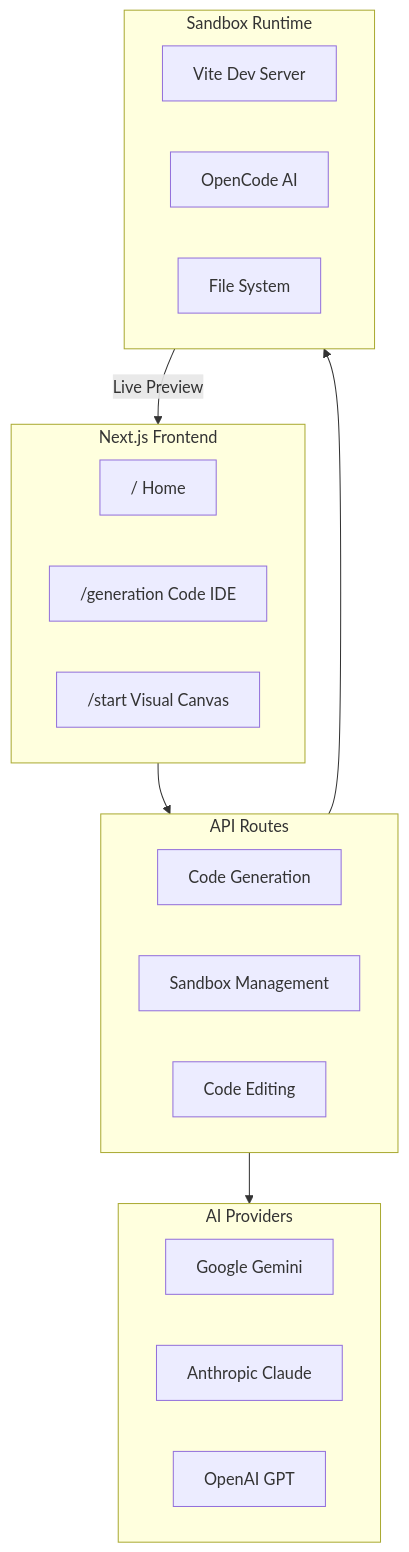
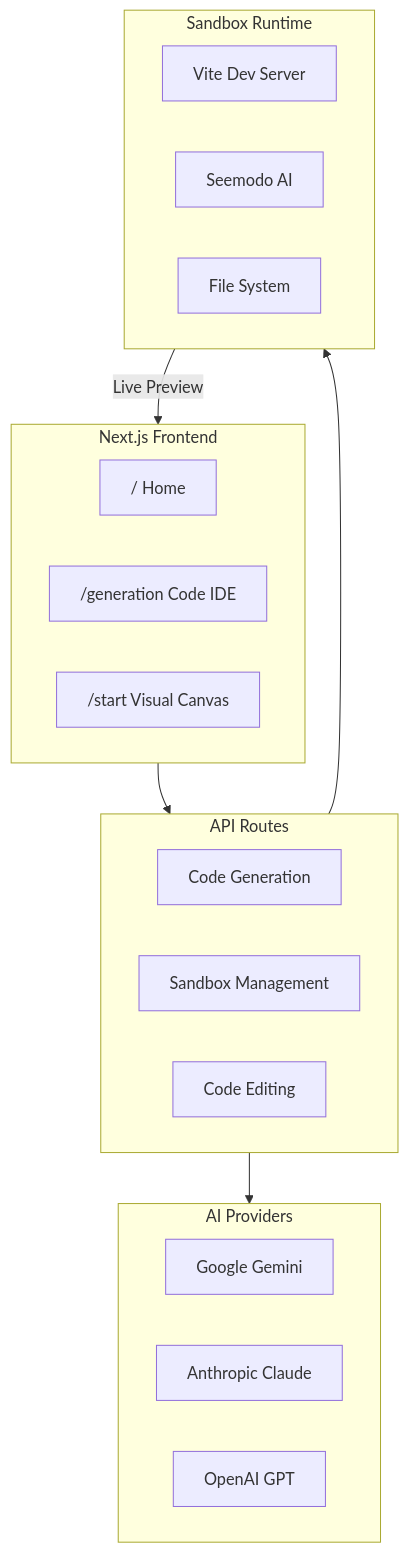
One commit to Seemodo/docs changed the diagram in seemodo/introduction.mdx. Above: the diagram before and after it, drawn with Mermaid. The commit also changed 23 other files, not shown here.

Commit message:
Update documentation to replace all instances of "OpenCode" with "Seemodo AI" across multiple files, including AGENTS.md, README.md, and various API reference documents, ensuring consistency with the new branding.

````diff
--- a/seemodo/introduction.mdx
+++ b/seemodo/introduction.mdx
@@ -79,31 +79,31 @@
 ```mermaid
 flowchart TB
     subgraph Frontend["Next.js Frontend"]
         Home["/ Home"]
         Generation["/generation Code IDE"]
         Start["/start Visual Canvas"]
     end
 
     subgraph APIRoutes["API Routes"]
         GenAPI["Code Generation"]
         SandboxAPI["Sandbox Management"]
         EditAPI["Code Editing"]
     end
 
     subgraph AIProviders["AI Providers"]
         Gemini["Google Gemini"]
         Claude["Anthropic Claude"]
         GPT["OpenAI GPT"]
     end
 
     subgraph Sandbox["Sandbox Runtime"]
         Vite["Vite Dev Server"]
-        OpenCode["OpenCode AI"]
+        SeemodAI["Seemodo AI"]
         Files["File System"]
     end
 
     Frontend --> APIRoutes
     APIRoutes --> AIProviders
     APIRoutes --> Sandbox
     Sandbox --> |Live Preview| Frontend
 ```
````
